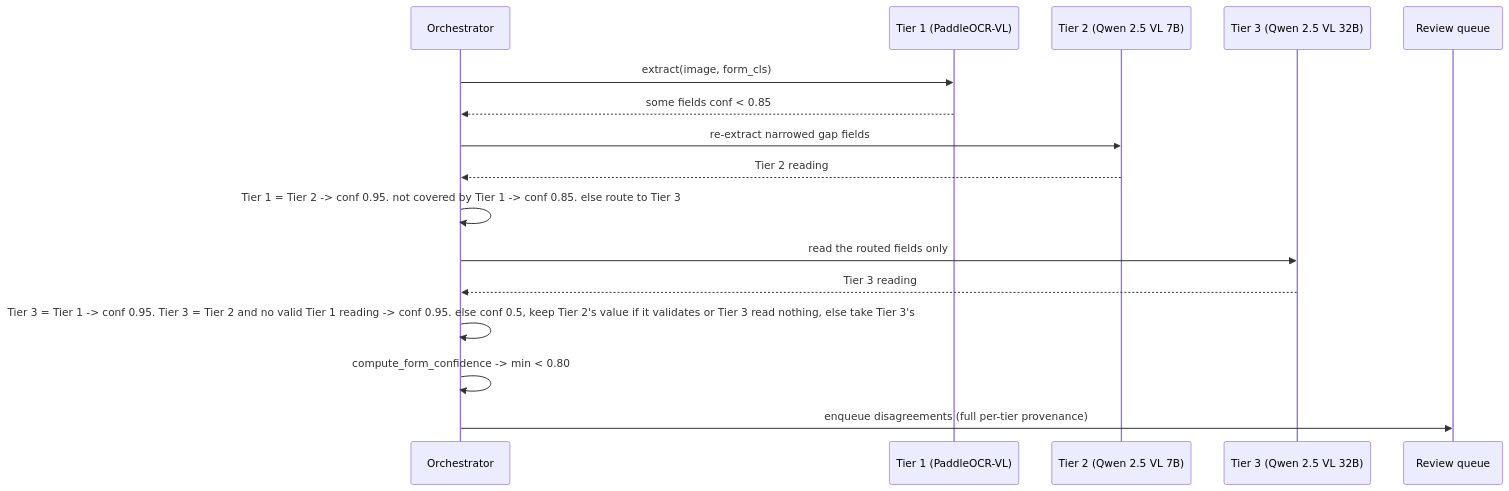
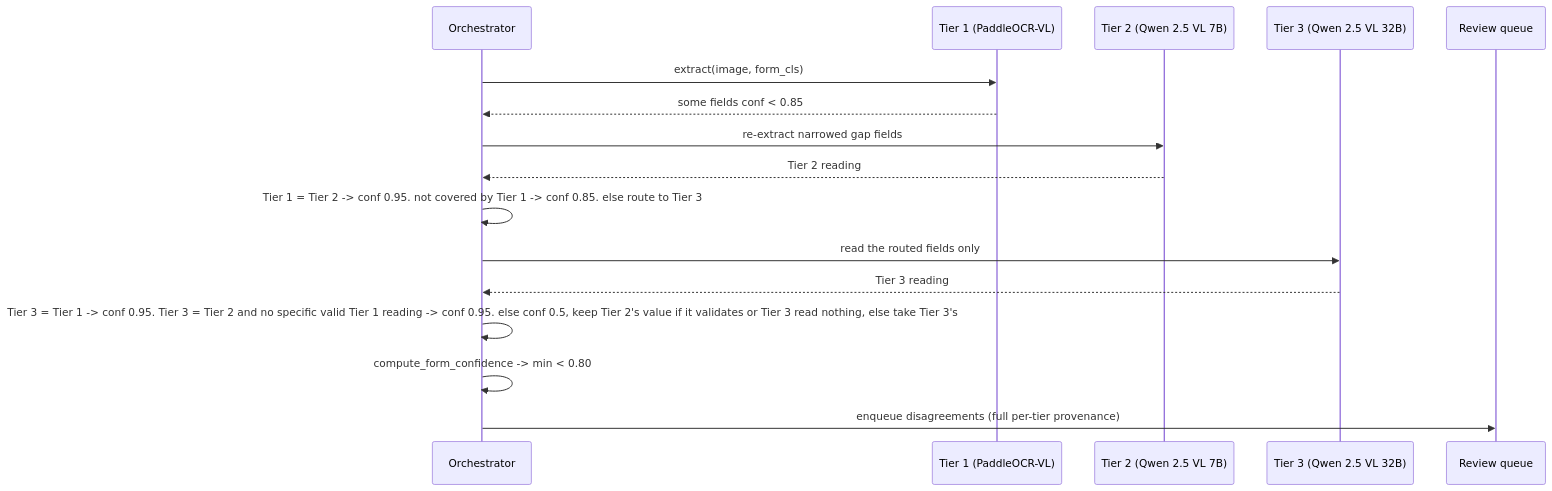
The second of 2 diagrams in docs/architecture-deep-dive.md (marky224/intake-form-ai-pipeline), drawn with Mermaid before and after one commit. The commit also changed other lines of this file and 7 other files, not shown here.

````diff
--- a/docs/architecture-deep-dive.md
+++ b/docs/architecture-deep-dive.md
@@ -129,18 +129,18 @@
 ```mermaid
 sequenceDiagram
     participant O as Orchestrator
     participant T1 as Tier 1 (PaddleOCR-VL)
     participant T2 as Tier 2 (Qwen 2.5 VL 7B)
     participant T3 as Tier 3 (Qwen 2.5 VL 32B)
     participant Q as Review queue
     O->>T1: extract(image, form_cls)
     T1-->>O: some fields conf < 0.85
     O->>T2: re-extract narrowed gap fields
     T2-->>O: Tier 2 reading
     O->>O: Tier 1 = Tier 2 -> conf 0.95. not covered by Tier 1 -> conf 0.85. else route to Tier 3
     O->>T3: read the routed fields only
     T3-->>O: Tier 3 reading
-    O->>O: Tier 3 = Tier 1 -> conf 0.95. Tier 3 = Tier 2 and no valid Tier 1 reading -> conf 0.95. else conf 0.5, keep Tier 2's value if it validates or Tier 3 read nothing, else take Tier 3's
+    O->>O: Tier 3 = Tier 1 -> conf 0.95. Tier 3 = Tier 2 and no specific valid Tier 1 reading -> conf 0.95. else conf 0.5, keep Tier 2's value if it validates or Tier 3 read nothing, else take Tier 3's
     O->>O: compute_form_confidence -> min < 0.80
     O->>Q: enqueue disagreements (full per-tier provenance)
 ```
````
